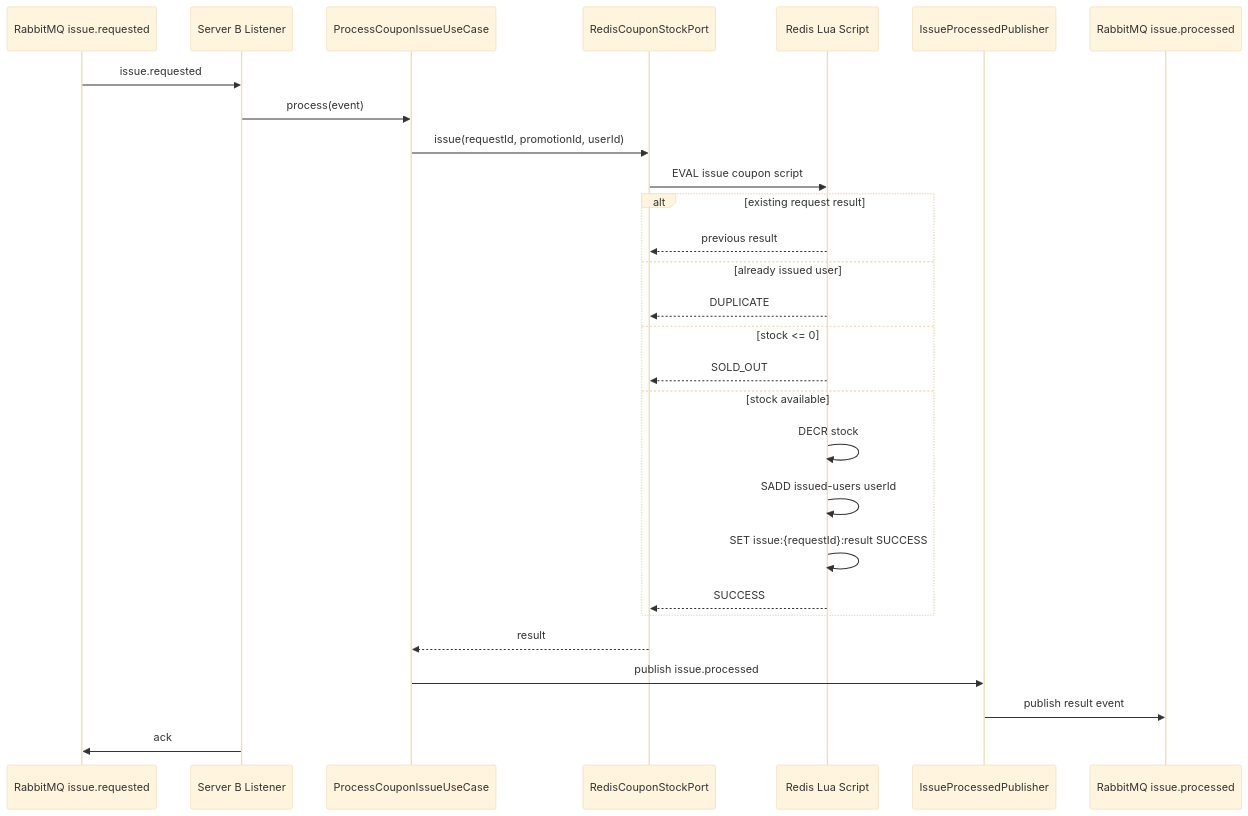
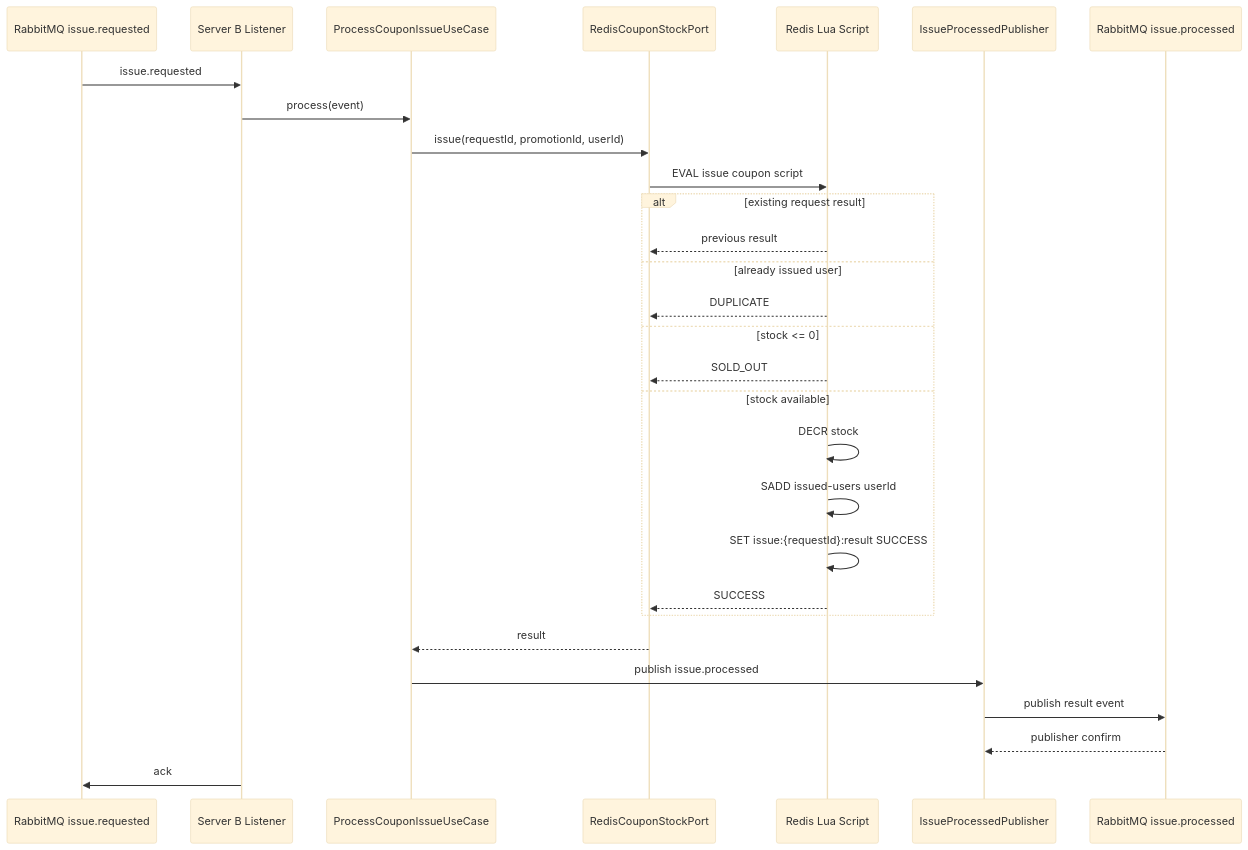
Before and after one commit to yht0827/promotion-dispatcher: the third of 8 diagrams in docs/02-sequence-diagrams.md, drawn with Mermaid (base theme). The commit also changed other lines of this file and 3 other files, not shown here.

````diff
--- a/docs/02-sequence-diagrams.md
+++ b/docs/02-sequence-diagrams.md
@@ -91,33 +98,34 @@
 ```mermaid
 sequenceDiagram
     participant MQ1 as RabbitMQ issue.requested
     participant L as Server B Listener
     participant UC as ProcessCouponIssueUseCase
     participant RS as RedisCouponStockPort
     participant Redis as Redis Lua Script
     participant PUB as IssueProcessedPublisher
     participant MQ2 as RabbitMQ issue.processed
 
     MQ1->>L: issue.requested
     L->>UC: process(event)
     UC->>RS: issue(requestId, promotionId, userId)
     RS->>Redis: EVAL issue coupon script
 
     alt existing request result
         Redis-->>RS: previous result
     else already issued user
         Redis-->>RS: DUPLICATE
     else stock <= 0
         Redis-->>RS: SOLD_OUT
     else stock available
         Redis->>Redis: DECR stock
         Redis->>Redis: SADD issued-users userId
         Redis->>Redis: SET issue:{requestId}:result SUCCESS
         Redis-->>RS: SUCCESS
     end
 
     RS-->>UC: result
     UC->>PUB: publish issue.processed
     PUB->>MQ2: publish result event
+    MQ2-->>PUB: publisher confirm
     L->>MQ1: ack
 ```
````
